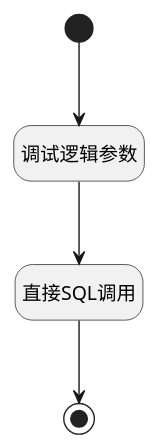
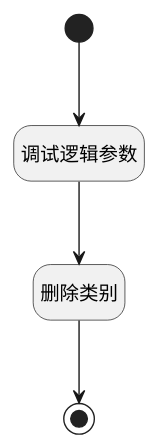
The diagram in doc/docsify/module/ProdMgmt/product_plan/logic/delete_categories.md (iBizLab/plm), drawn with PlantUML before and after one commit. The commit also changed other lines of this file and 1778 other files, not shown here.

````diff
--- a/doc/docsify/module/ProdMgmt/product_plan/logic/delete_categories.md
+++ b/doc/docsify/module/ProdMgmt/product_plan/logic/delete_categories.md
@@ -7,23 +7,23 @@
 ```plantuml
 @startuml
 hide empty description
 <style>
 root {
   HyperlinkColor #42b983
 }
 </style>
 
 hide empty description
 state "开始" as Begin <<start>> [[$./delete_categories#begin {"开始"}]]
 state "结束" as END1 <<end>> [[$./delete_categories#end1 {"结束"}]]
 state "调试逻辑参数" as DEBUGPARAM1  [[$./delete_categories#debugparam1 {"调试逻辑参数"}]]
-state "直接SQL调用" as RAWSQLCALL1  [[$./delete_categories#rawsqlcall1 {"直接SQL调用"}]]
+state "删除类别" as RAWSQLCALL1  [[$./delete_categories#rawsqlcall1 {"删除类别"}]]
 
 
 Begin --> DEBUGPARAM1
 DEBUGPARAM1 --> RAWSQLCALL1
 RAWSQLCALL1 --> END1
 
 
 @enduml
 ```
````
